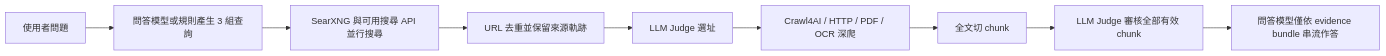
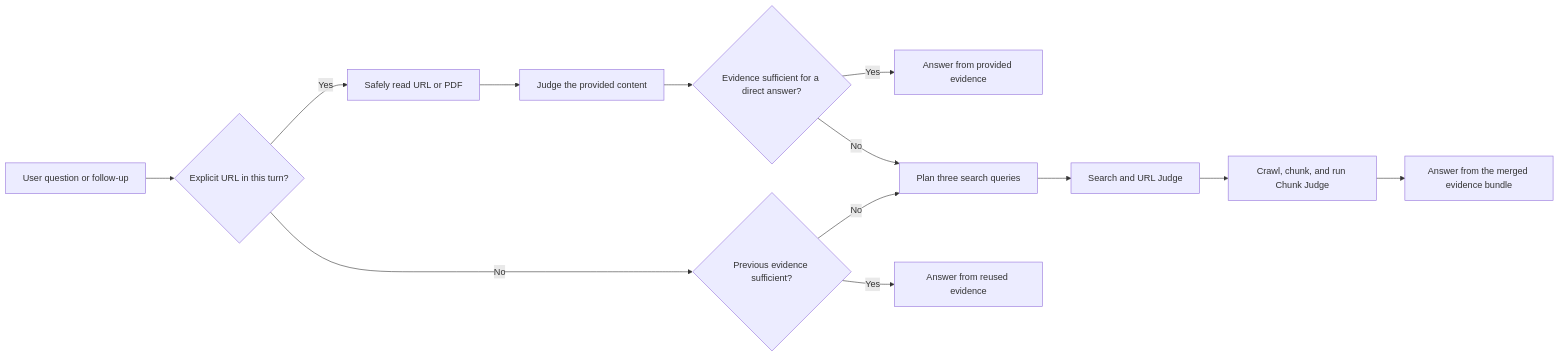
The diagram in README.md (kuanfu0430/Simplex), drawn with Mermaid before and after one commit. The commit also changed other lines of this file and 37 other files, not shown here.

````diff
--- a/README.md
+++ b/README.md
@@ -115,11 +19,15 @@
 ```mermaid
 flowchart LR
-  Q[使用者問題] --> P[問答模型或規則產生 3 組查詢]
-  P --> S[SearXNG 與可用搜尋 API 並行搜尋]
-  S --> D[URL 去重並保留來源軌跡]
-  D --> J[LLM Judge 選址]
-  J --> C[Crawl4AI / HTTP / PDF / OCR 深爬]
-  C --> K[全文切 chunk]
-  K --> R[LLM Judge 審核全部有效 chunk]
-  R --> A[問答模型僅依 evidence bundle 串流作答]
+  Q[User question or follow-up] --> U{Explicit URL in this turn?}
+  U -->|Yes| C[Safely read URL or PDF]
+  C --> J[Judge the provided content]
+  J --> D{Evidence sufficient for a direct answer?}
+  D -->|Yes| A[Answer from provided evidence]
+  D -->|No| P[Plan three search queries]
+  U -->|No| R{Previous evidence sufficient?}
+  R -->|Yes| A2[Answer from reused evidence]
+  R -->|No| P
+  P --> S[Search and URL Judge]
+  S --> C2[Crawl, chunk, and run Chunk Judge]
+  C2 --> A3[Answer from the merged evidence bundle]
 ```
````
